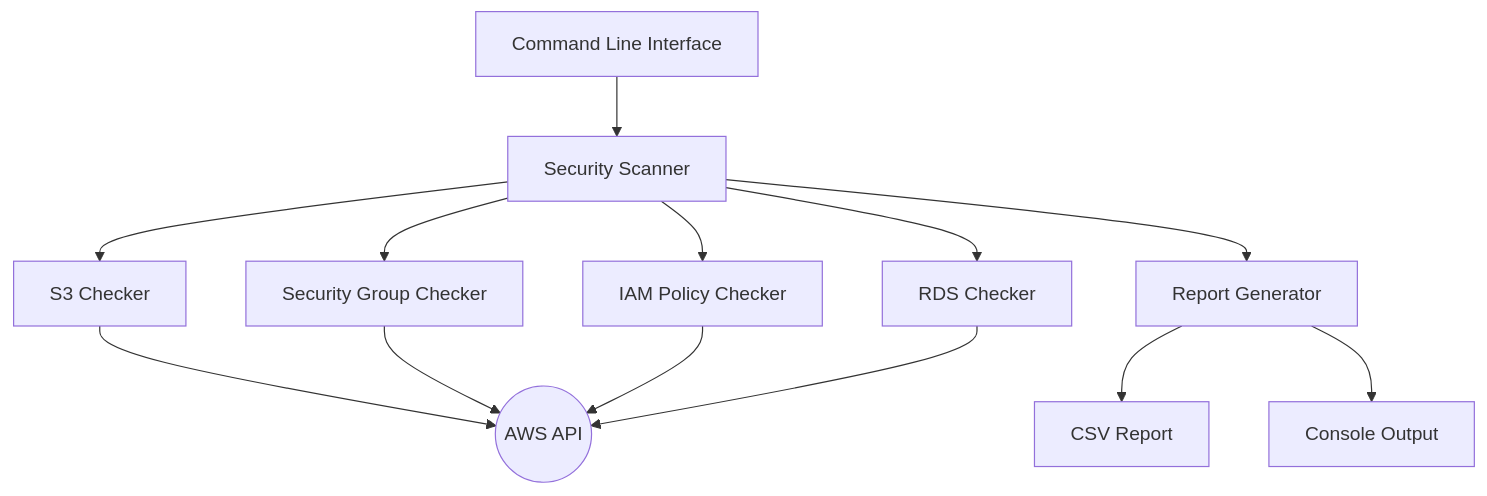
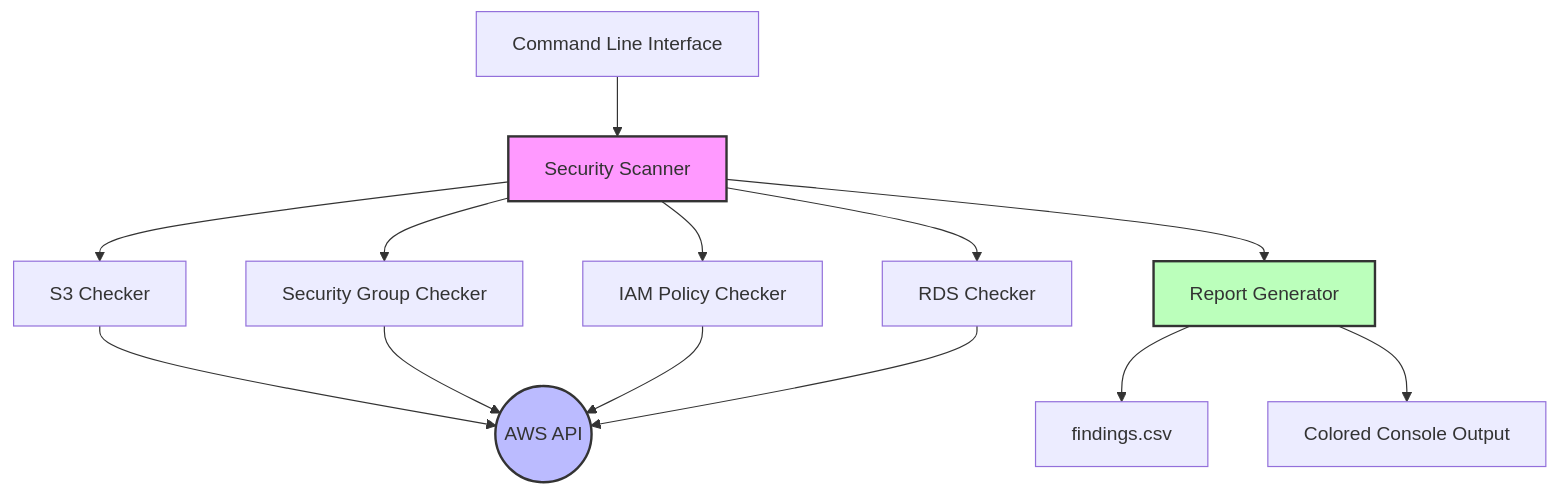
One commit to moelhaj996/Automated-AWS-Security-Scanner changed the first of 2 diagrams in README.md. Above: the diagram before and after it, drawn with Mermaid. The commit also changed other lines of this file, not shown here.

````diff
--- a/README.md
+++ b/README.md
@@ -29,17 +40,21 @@
 ```mermaid
 graph TB
     CLI[Command Line Interface] --> Scanner[Security Scanner]
     Scanner --> S3[S3 Checker]
     Scanner --> EC2[Security Group Checker]
     Scanner --> IAM[IAM Policy Checker]
     Scanner --> RDS[RDS Checker]
     
     S3 --> AWS((AWS API))
     EC2 --> AWS
     IAM --> AWS
     RDS --> AWS
     
     Scanner --> Report[Report Generator]
-    Report --> CSV[CSV Report]
-    Report --> Console[Console Output]
+    Report --> CSV[findings.csv]
+    Report --> Console[Colored Console Output]
+
+    style Scanner fill:#f9f,stroke:#333,stroke-width:2px
+    style AWS fill:#bbf,stroke:#333,stroke-width:2px
+    style Report fill:#bfb,stroke:#333,stroke-width:2px
 ```
````
